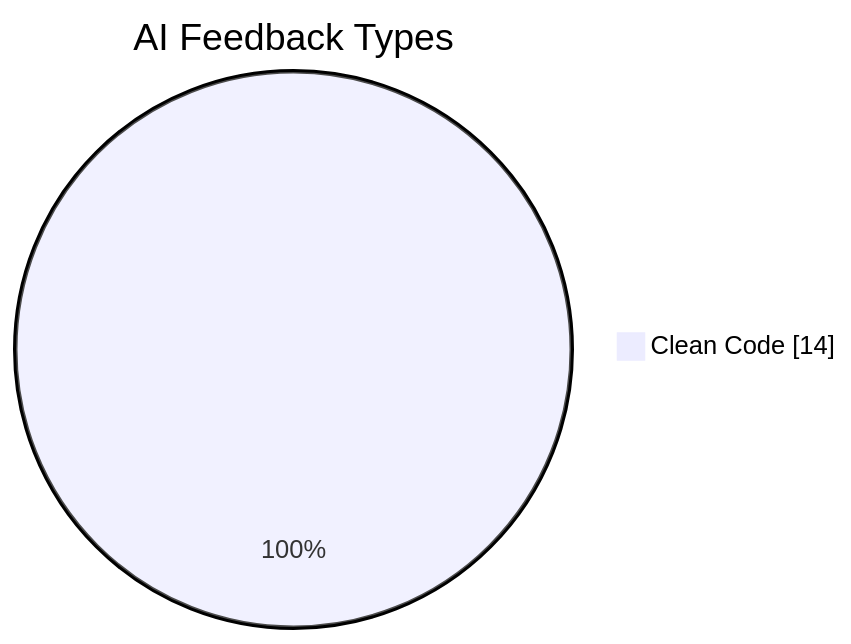
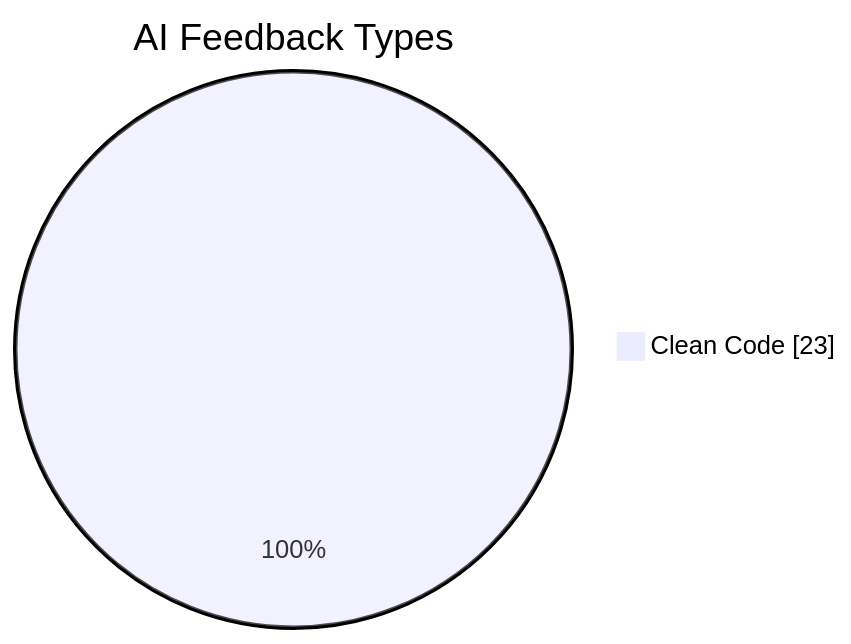
The fourth of 6 diagrams in README.md (JakubPawinski/gitcode-solutions), drawn with Mermaid before and after one commit. The commit also changed other lines of this file, not shown here.

````diff
--- a/README.md
+++ b/README.md
@@ -165,5 +166,5 @@
 ```mermaid
 pie showData
     title AI Feedback Types
-    "Clean Code" : 14
+    "Clean Code" : 23
 ```
````
